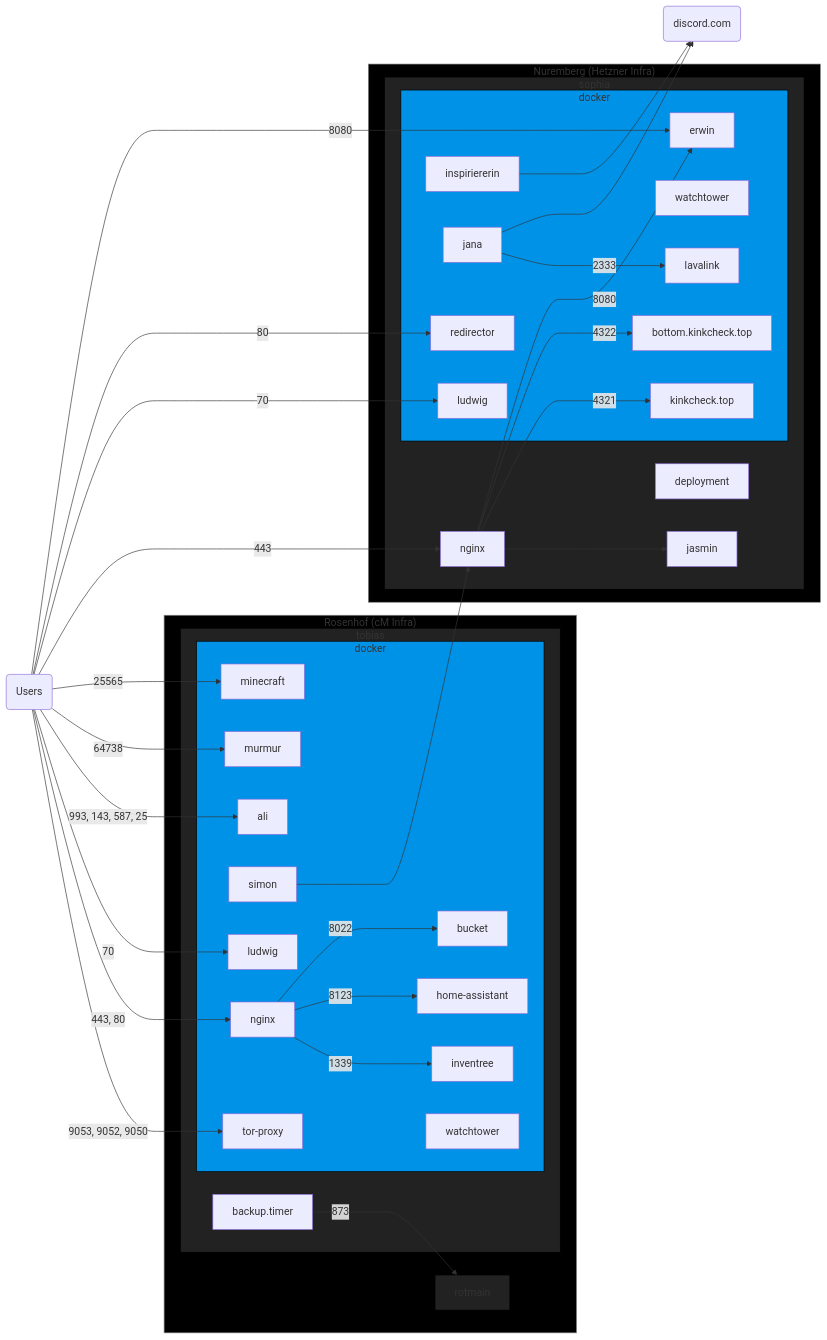
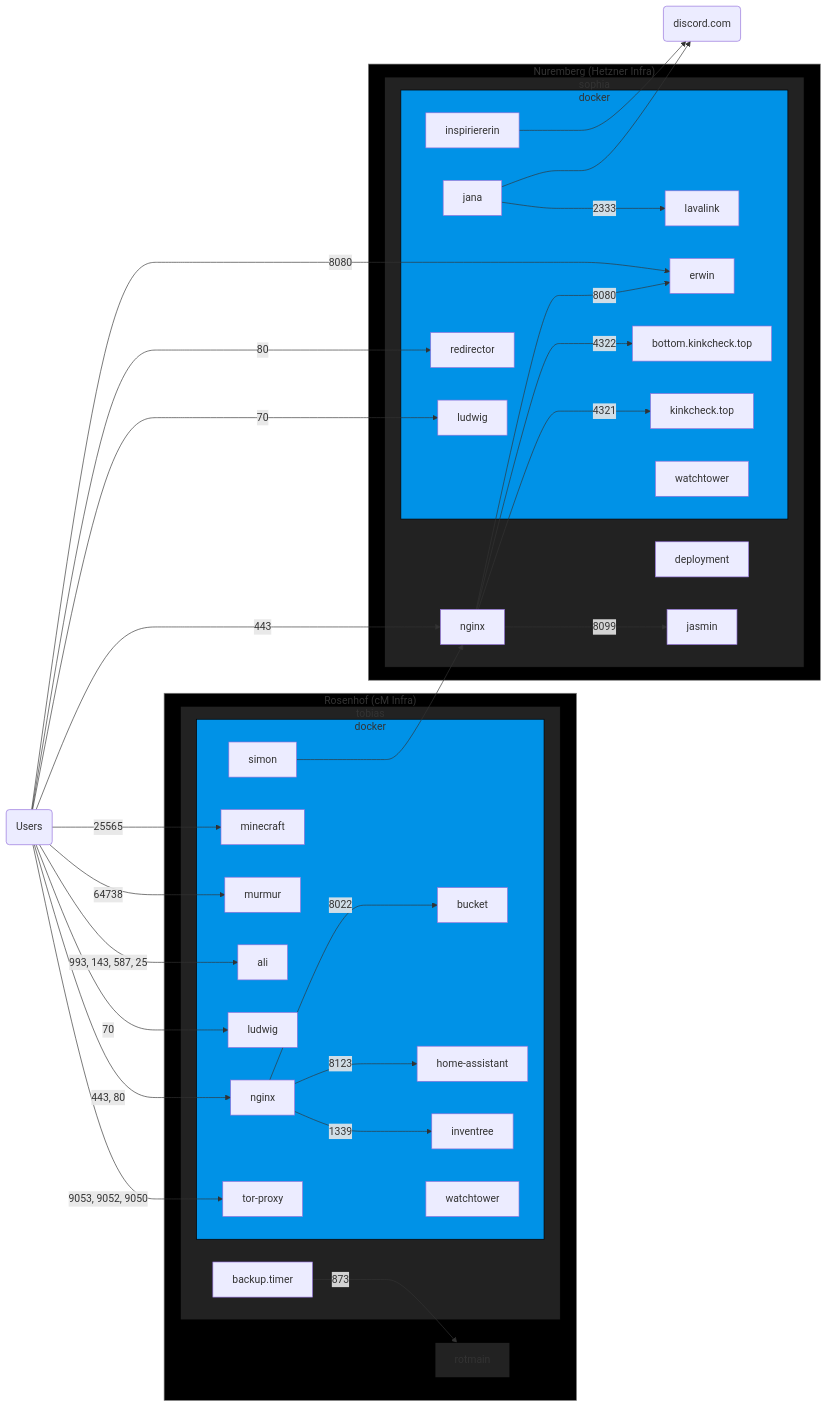
Before and after one commit to chrissxMedia/chrissx.de.conf.sh: the diagram in README.md, drawn with Mermaid.

Commit message:
readme: slightly rearrange infra graph

```diff
--- a/README.md
+++ b/README.md
@@ -12,10 +12,10 @@
 
   subgraph tobias
     subgraph dockerop[docker]
+      simon
       tor-proxy
       nginxop[nginx]
       ludwigop[ludwig]
-      simon
       ali
       murmur
       minecraft
@@ -36,18 +36,18 @@
   subgraph sophia
     nginxsophia[nginx]
     subgraph dockersophia[docker]
-      ludwigsophia[ludwig]
       inspiriererin
       jana -- 2333 --> lavalink
+      ludwigsophia[ludwig]
       redirector
-      watchtowersophia[watchtower]
       kinkcheck.top
       bottom.kinkcheck.top
       erwin
+      watchtowersophia[watchtower]
     end
     nginxsophia -- 4321 --> kinkcheck.top
     nginxsophia -- 4322 --> bottom.kinkcheck.top
-    nginxsophia --> jasmin
+    nginxsophia -- 8099 --> jasmin
     nginxsophia -- 8080 --> erwin
     deployment
   end
```
